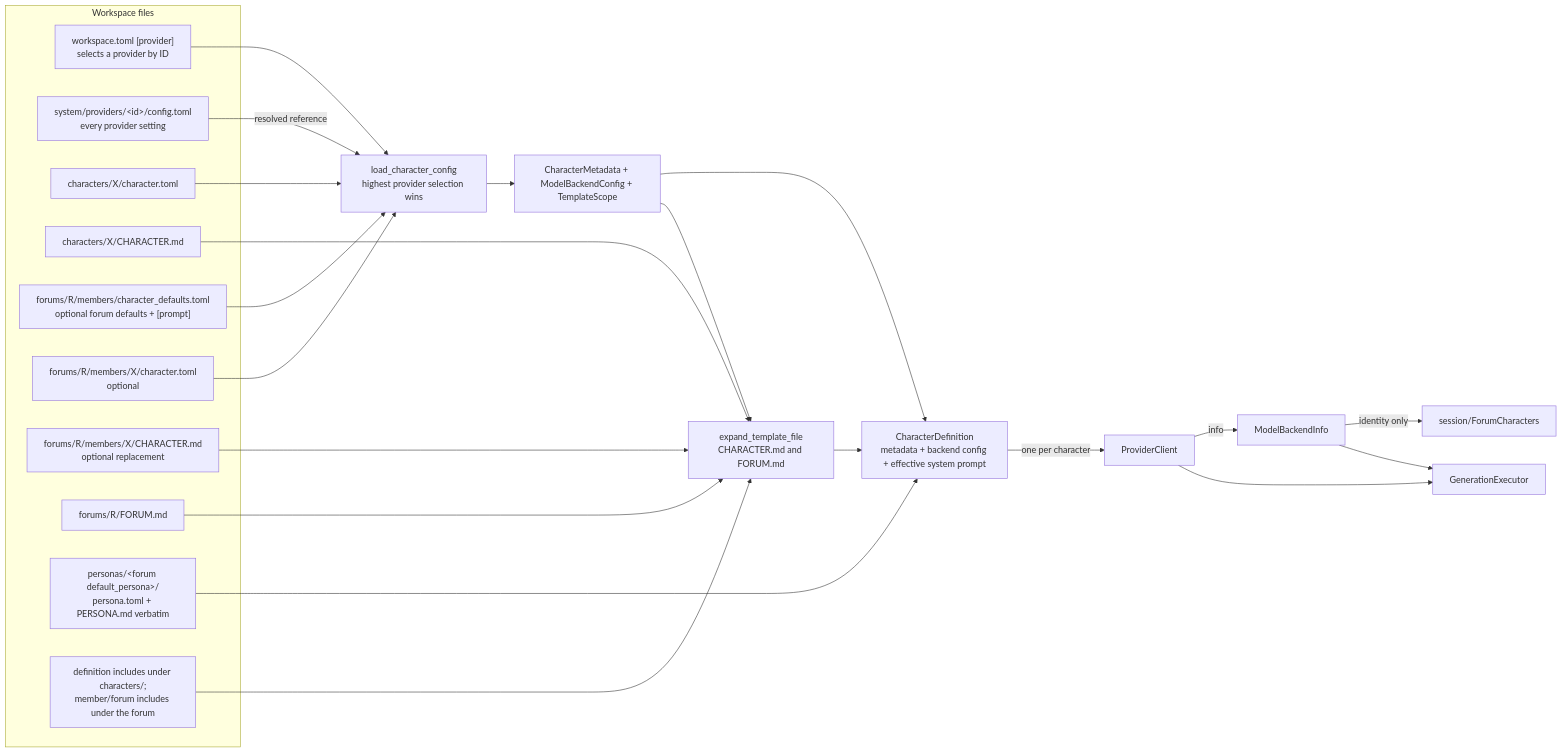
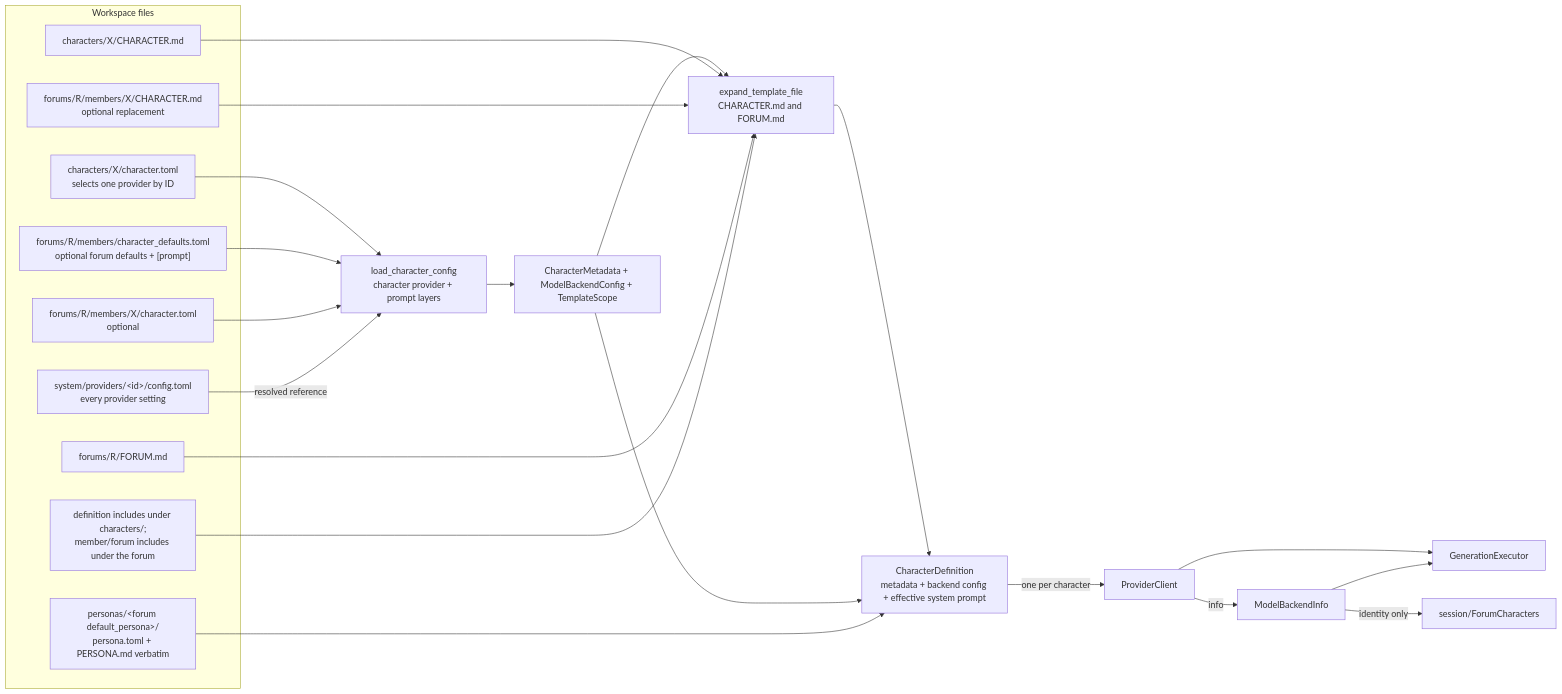
The first of 4 diagrams in src/agents/README.md (michaelpopov/cha), drawn with Mermaid before and after one commit. The commit also changed other lines of this file and 82 other files, not shown here.

````diff
--- a/src/agents/README.md
+++ b/src/agents/README.md
@@ -28,35 +29,33 @@
 ```mermaid
 flowchart LR
     subgraph disk["Workspace files"]
-        app_cfg["workspace.toml [provider]<br/>selects a provider by ID"]
         providers["system/providers/&lt;id&gt;/config.toml<br/>every provider setting"]
-        definition_cfg["characters/X/character.toml"]
+        definition_cfg["characters/X/character.toml<br/>selects one provider by ID"]
         definition_prompt["characters/X/CHARACTER.md"]
         base["forums/R/members/character_defaults.toml<br/>optional forum defaults + [prompt]"]
         member_cfg["forums/R/members/X/character.toml<br/>optional"]
         member_prompt["forums/R/members/X/CHARACTER.md<br/>optional replacement"]
         usr["forums/R/FORUM.md"]
         roster["personas/&lt;forum default_persona&gt;/<br/>persona.toml + PERSONA.md verbatim"]
         shared["definition includes under characters/;<br/>member/forum includes under the forum"]
     end
 
-    app_cfg --> load["load_character_config<br/>highest provider selection wins"]
-    definition_cfg --> load
+    definition_cfg --> load["load_character_config<br/>character provider + prompt layers"]
     base --> load
     member_cfg --> load
     providers -->|"resolved reference"| load
     load --> conf["CharacterMetadata + ModelBackendConfig + TemplateScope"]
     conf --> expand["expand_template_file<br/>CHARACTER.md and FORUM.md"]
     definition_prompt --> expand
     member_prompt --> expand
     usr --> expand
     shared --> expand
     expand --> def["CharacterDefinition<br/>metadata + backend config + effective system prompt"]
     conf --> def
     roster --> def
     def -->|"one per character"| client["ProviderClient"]
     client --> executor["GenerationExecutor"]
     client -->|"info"| runtime["ModelBackendInfo"]
     runtime --> executor
     runtime -->|"identity only"| characters["session/ForumCharacters"]
 ```
````
